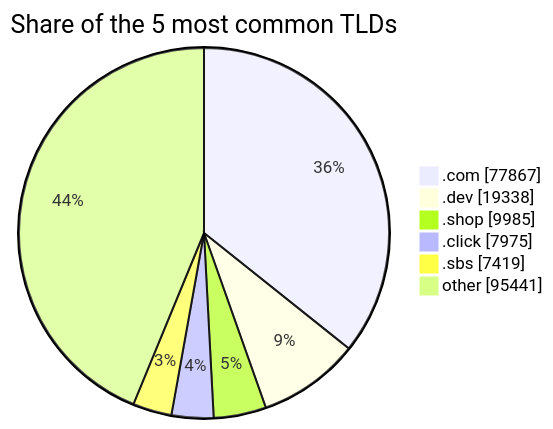
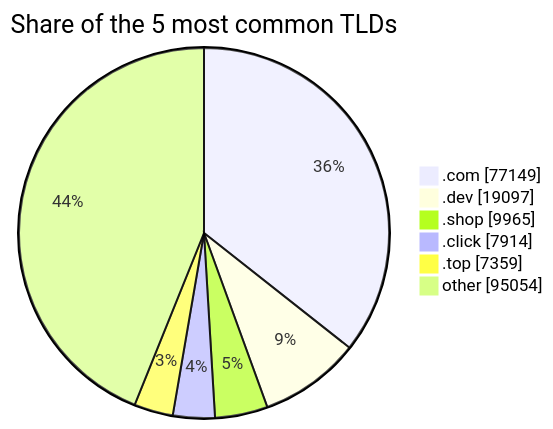
The third of 3 diagrams in README.md (DNSBunker/CTI), drawn with Mermaid before and after one commit. The commit also changed other lines of this file and 3 other files, not shown here.

````diff
--- a/README.md
+++ b/README.md
@@ -81,9 +81,9 @@
 ```mermaid
 pie showData title Share of the 5 most common TLDs
-    ".com" : 77867
-    ".dev" : 19338
-    ".shop" : 9985
-    ".click" : 7975
-    ".sbs" : 7419
-    "other" : 95441
+    ".com" : 77149
+    ".dev" : 19097
+    ".shop" : 9965
+    ".click" : 7914
+    ".top" : 7359
+    "other" : 95054
 ```
````
